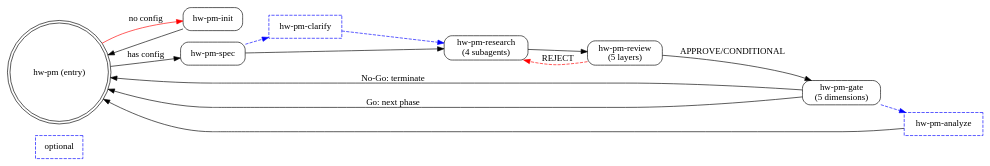
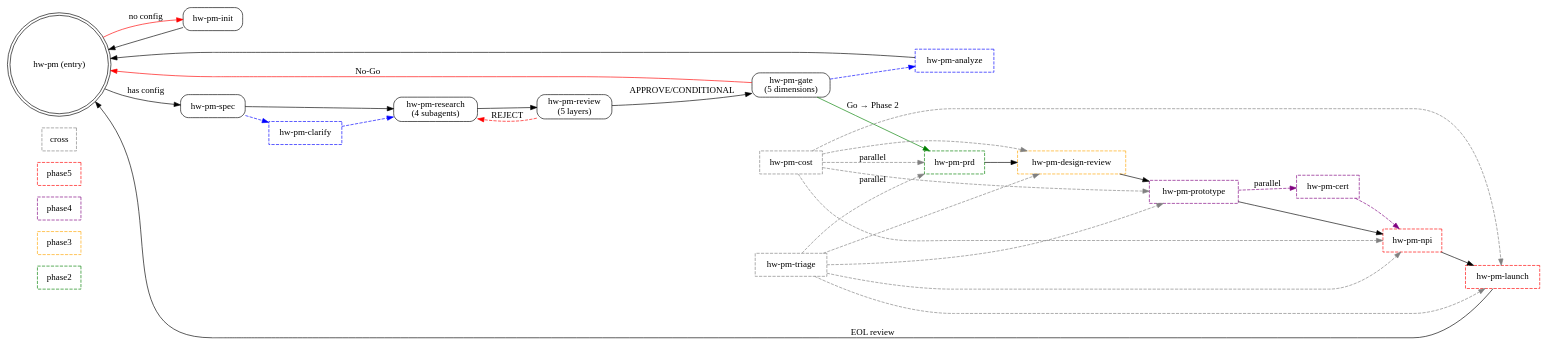
The diagram in skills/hw-pm/SKILL.md (visioner3d/hw-pm-skills), drawn with Graphviz before and after one commit. The commit also changed other lines of this file and 11 other files, not shown here.

````diff
--- a/skills/hw-pm/SKILL.md
+++ b/skills/hw-pm/SKILL.md
@@ -27,30 +27,60 @@
 ```dot
 digraph hw_pm_system {
     rankdir=LR;
     node [shape=box, style=rounded];
-    optional [style=dashed, color=blue];
+    phase2 [style=dashed, color=green];
+    phase3 [style=dashed, color=orange];
+    phase4 [style=dashed, color=purple];
+    phase5 [style=dashed, color=red];
+    cross [style=dashed, color=gray];
 
     entry [label="hw-pm (entry)", shape=doublecircle];
-    init [label="hw-pm-init", style=rounded];
+    init [label="hw-pm-init"];
     spec [label="hw-pm-spec"];
     clarify [label="hw-pm-clarify", style=dashed, color=blue];
     research [label="hw-pm-research\n(4 subagents)"];
     review [label="hw-pm-review\n(5 layers)"];
     gate [label="hw-pm-gate\n(5 dimensions)"];
     analyze [label="hw-pm-analyze", style=dashed, color=blue];
+
+    prd [label="hw-pm-prd", style=dashed, color=green];
+    design [label="hw-pm-design-review", style=dashed, color=orange];
+    proto [label="hw-pm-prototype", style=dashed, color=purple];
+    cert [label="hw-pm-cert", style=dashed, color=purple];
+    npi [label="hw-pm-npi", style=dashed, color=red];
+    launch [label="hw-pm-launch", style=dashed, color=red];
+    cost [label="hw-pm-cost", style=dashed, color=gray];
+    triage [label="hw-pm-triage", style=dashed, color=gray];
 
     entry -> init [label="no config", color=red];
     entry -> spec [label="has config"];
     init -> entry;
     spec -> clarify [style=dashed, color=blue];
     clarify -> research [style=dashed, color=blue];
     spec -> research;
     research -> review;
     review -> research [label="REJECT", color=red, style=dashed];
     review -> gate [label="APPROVE/CONDITIONAL"];
     gate -> analyze [style=dashed, color=blue];
-    gate -> entry [label="No-Go: terminate"];
-    gate -> entry [label="Go: next phase"];
+    gate -> entry [label="No-Go", color=red];
+    gate -> prd [label="Go → Phase 2", color=green];
     analyze -> entry;
+    prd -> design;
+    design -> proto;
+    proto -> npi;
+    npi -> launch;
+    launch -> entry [label="EOL review"];
+    proto -> cert [style=dashed, color=purple, label="parallel"];
+    cert -> npi [style=dashed, color=purple];
+    cost -> prd [style=dashed, color=gray, label="parallel"];
+    cost -> design [style=dashed, color=gray];
+    cost -> proto [style=dashed, color=gray];
+    cost -> npi [style=dashed, color=gray];
+    cost -> launch [style=dashed, color=gray];
+    triage -> prd [style=dashed, color=gray, label="parallel"];
+    triage -> design [style=dashed, color=gray];
+    triage -> proto [style=dashed, color=gray];
+    triage -> npi [style=dashed, color=gray];
+    triage -> launch [style=dashed, color=gray];
 }
 ```
````
